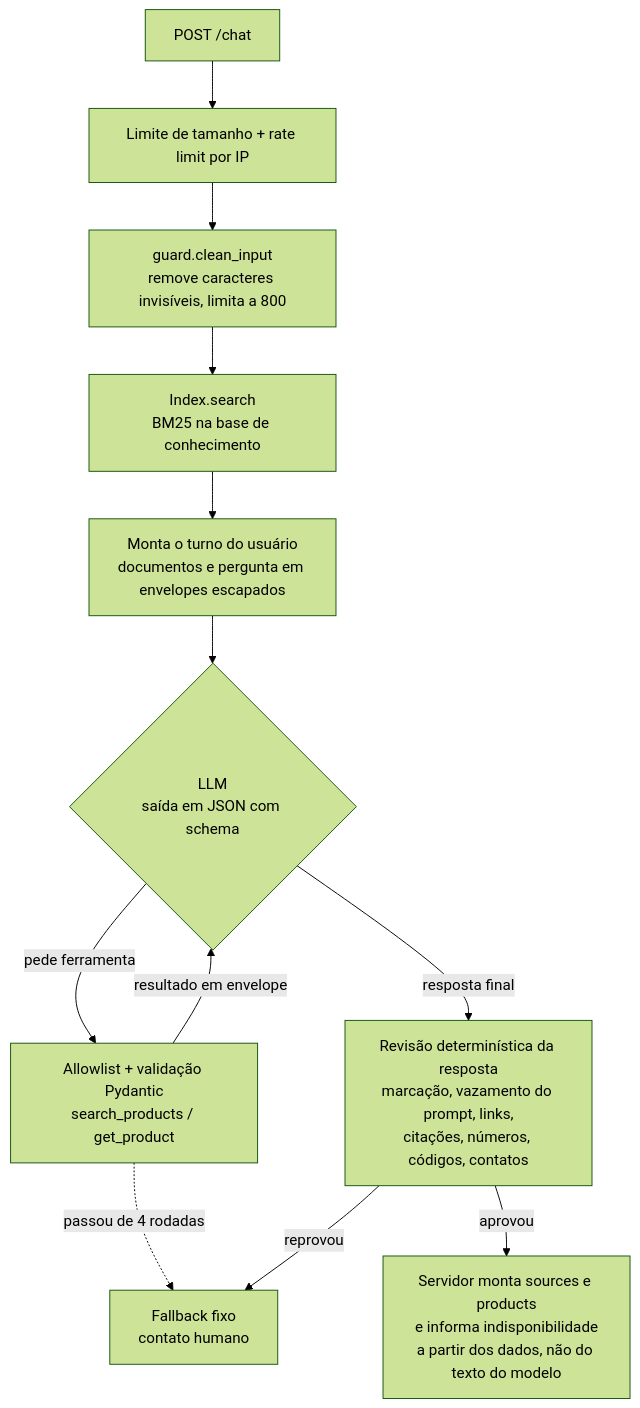
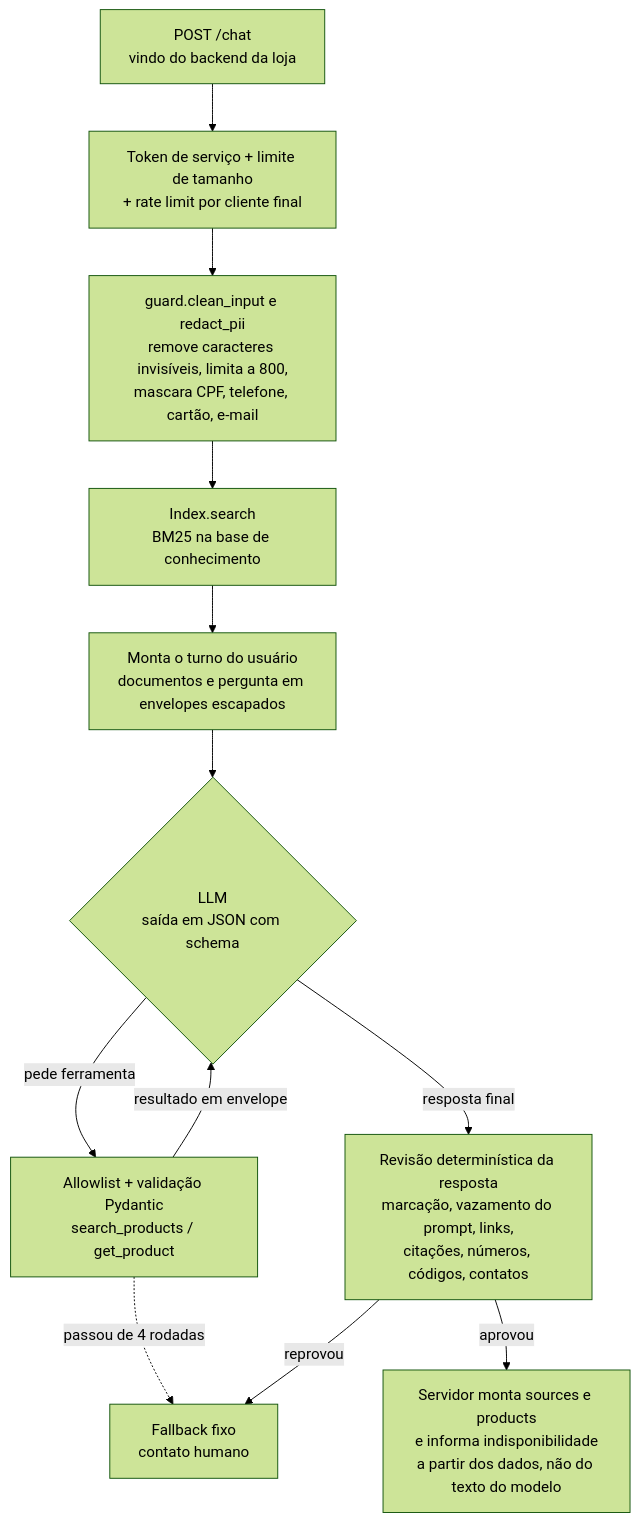
Before and after one commit to jlsm2/shopping-assistant-rag: the diagram in README.md, drawn with Mermaid (forest theme). The commit also changed other lines of this file, not shown here.

````diff
--- a/README.md
+++ b/README.md
@@ -31,14 +34,14 @@
 ```mermaid
 flowchart TD
-    A[POST /chat] --> B[Limite de tamanho + rate limit por IP]
-    B --> C[guard.clean_input<br/>remove caracteres invisíveis, limita a 800]
+    A[POST /chat<br/>vindo do backend da loja] --> B[Token de serviço + limite de tamanho<br/>+ rate limit por cliente final]
+    B --> C[guard.clean_input e redact_pii<br/>remove caracteres invisíveis, limita a 800,<br/>mascara CPF, telefone, cartão, e-mail]
     C --> D[Index.search<br/>BM25 na base de conhecimento]
     D --> E[Monta o turno do usuário<br/>documentos e pergunta em envelopes escapados]
     E --> F{LLM<br/>saída em JSON com schema}
     F -- pede ferramenta --> G[Allowlist + validação Pydantic<br/>search_products / get_product]
     G -- resultado em envelope --> F
     G -. passou de 4 rodadas .-> X
     F -- resposta final --> H[Revisão determinística da resposta<br/>marcação, vazamento do prompt, links,<br/>citações, números, códigos, contatos]
     H -- reprovou --> X[Fallback fixo<br/>contato humano]
     H -- aprovou --> J[Servidor monta sources e products<br/>e informa indisponibilidade<br/>a partir dos dados, não do texto do modelo]
 ```
````
